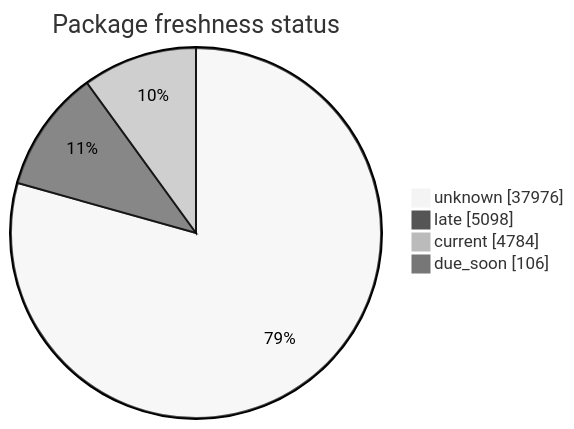
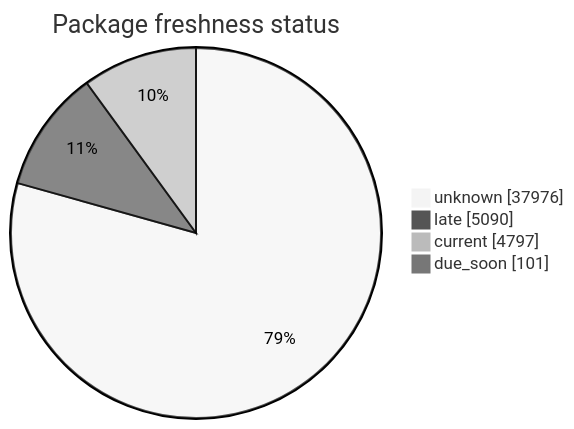
Before and after one commit to open-data/analytics-corporate-reporting: the second of 5 diagrams in FreshCheck/README.md, drawn with Mermaid (neutral theme). The commit also changed other lines of this file and 3 other files, not shown here.

````diff
--- a/FreshCheck/README.md
+++ b/FreshCheck/README.md
@@ -68,7 +68,7 @@
 ```mermaid
 pie showData title Package freshness status
     "unknown": 37976
-    "late": 5098
-    "current": 4784
-    "due_soon": 106
+    "late": 5090
+    "current": 4797
+    "due_soon": 101
 ```
````
